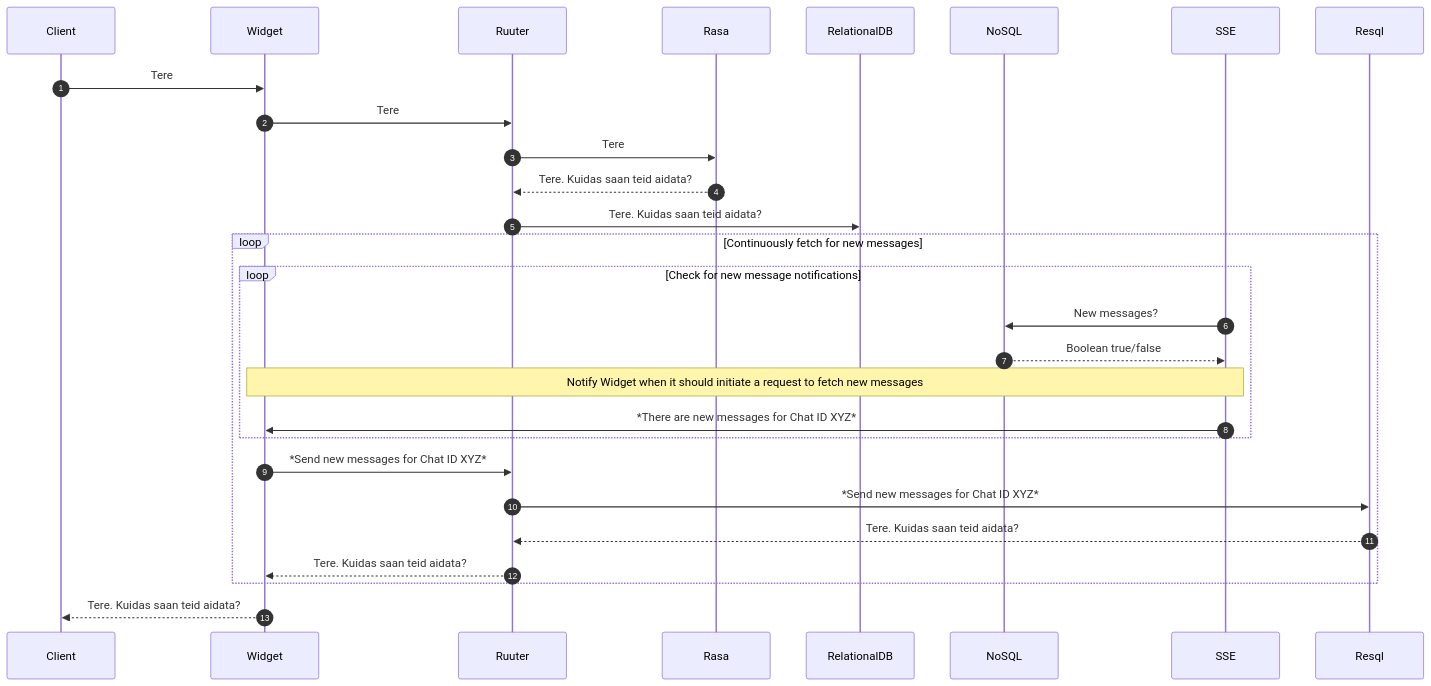
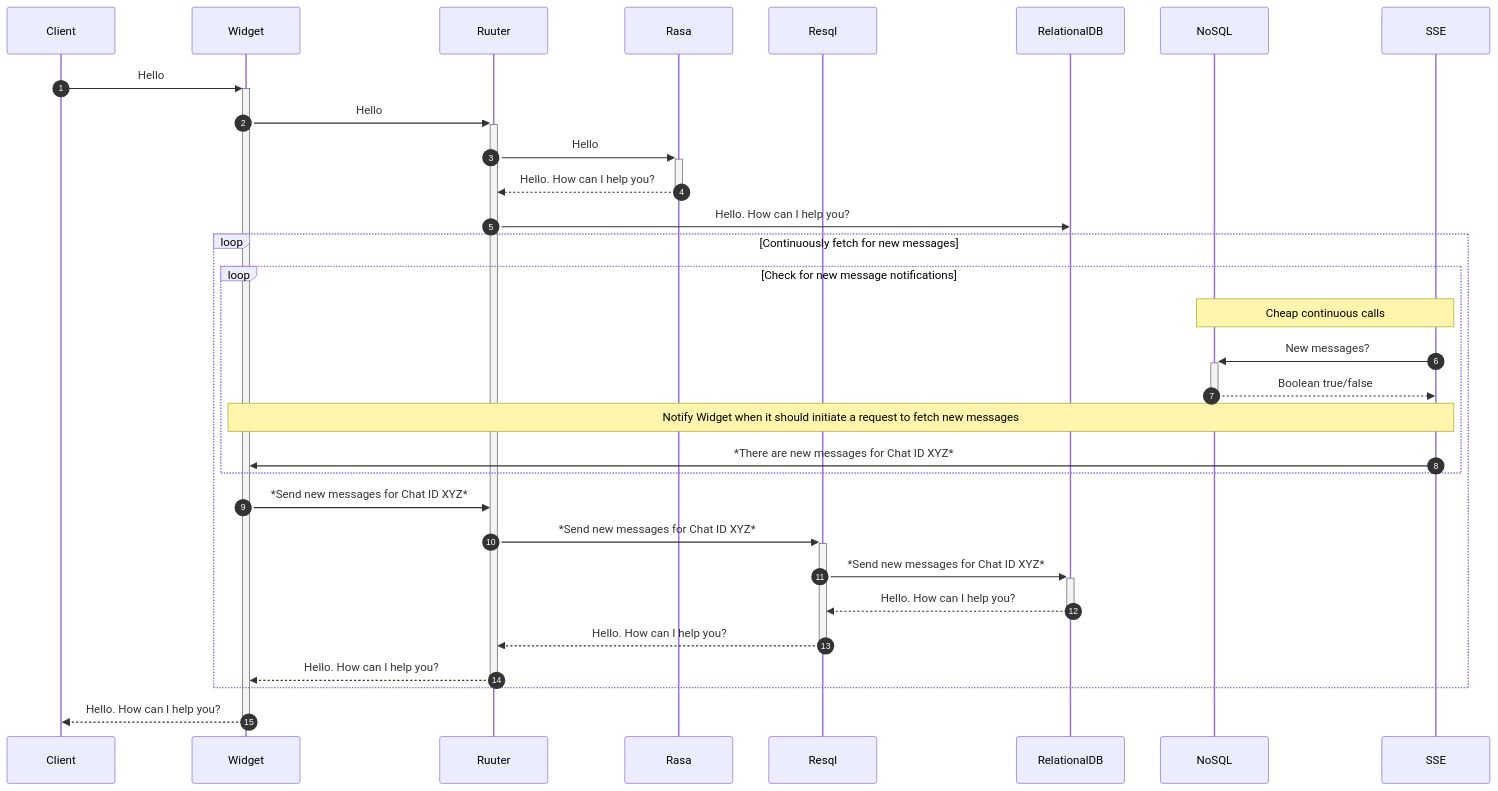
The diagram in buerokratt/data/data-journey.md (turnerrainer/Architecture), drawn with Mermaid before and after one commit.

Commit message:
Update data journey

````diff
--- a/buerokratt/data/data-journey.md
+++ b/buerokratt/data/data-journey.md
@@ -3,33 +3,37 @@
 ```mermaid
 sequenceDiagram
   participant Client
   participant Widget
   participant Ruuter
   participant Rasa
+  participant Resql
   participant RelationalDB
   participant NoSQL
   participant SSE
 
   autonumber
-  Client->>Widget: Tere
-  Widget->>Ruuter: Tere
-  Ruuter->>Rasa: Tere
-  Rasa-->>Ruuter: Tere. Kuidas saan teid aidata?
-  Ruuter->>RelationalDB: Tere. Kuidas saan teid aidata?
+  Client->>+Widget: Hello
+  Widget->>+Ruuter: Hello
+  Ruuter->>+Rasa: Hello
+  Rasa-->>-Ruuter: Hello. How can I help you?
+  Ruuter->>RelationalDB: Hello. How can I help you?
 
   loop Continuously fetch for new messages
     loop Check for new message notifications
-      SSE->>NoSQL: New messages?
-      NoSQL-->>SSE: Boolean true/false
+      note over SSE,NoSQL: Cheap continuous calls
+      SSE->>+NoSQL: New messages?
+      NoSQL-->>-SSE: Boolean true/false
       note over Widget,SSE: Notify Widget when it should initiate a request to fetch new messages
       SSE->>Widget: *There are new messages for Chat ID XYZ*
     end
 
     Widget->>Ruuter: *Send new messages for Chat ID XYZ*
-    Ruuter->>Resql: *Send new messages for Chat ID XYZ*
-    Resql-->>Ruuter: Tere. Kuidas saan teid aidata?
-    Ruuter-->>Widget: Tere. Kuidas saan teid aidata?
+    Ruuter->>+Resql: *Send new messages for Chat ID XYZ*
+    Resql->>+RelationalDB: *Send new messages for Chat ID XYZ*
+    RelationalDB-->>-Resql: Hello. How can I help you?
+    Resql-->>-Ruuter: Hello. How can I help you?
+    Ruuter-->>-Widget: Hello. How can I help you?
   end
   
-  Widget-->>Client: Tere. Kuidas saan teid aidata?
+  Widget-->>-Client: Hello. How can I help you?
 ```
````
